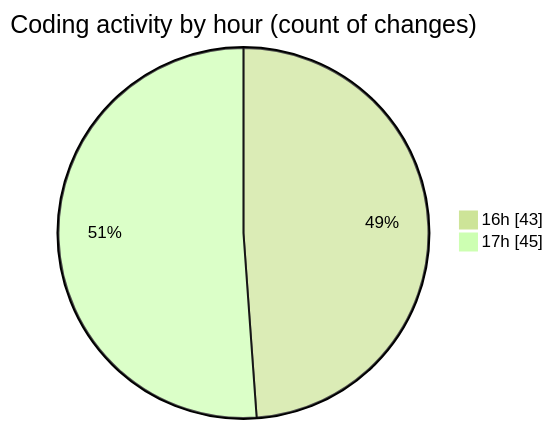
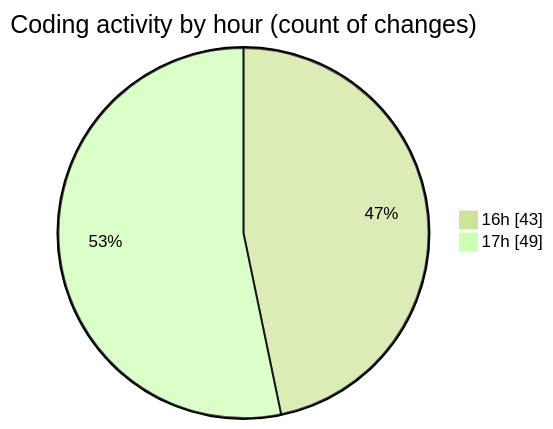
One commit to momahboobian/code-tracking changed the second of 2 diagrams in 2026-11-13/broadcaster-v6-feature/README.md. Above: the diagram before and after it, drawn with Mermaid (forest theme). The commit also changed other lines of this file and 1 other file, not shown here.

````diff
--- a/2026-11-13/broadcaster-v6-feature/README.md
+++ b/2026-11-13/broadcaster-v6-feature/README.md
@@ -58,6 +59,6 @@
 ```mermaid
 pie showData
 title Coding activity by hour (count of changes)
 "16h" : 43
-"17h" : 45
+"17h" : 49
 ```
````
